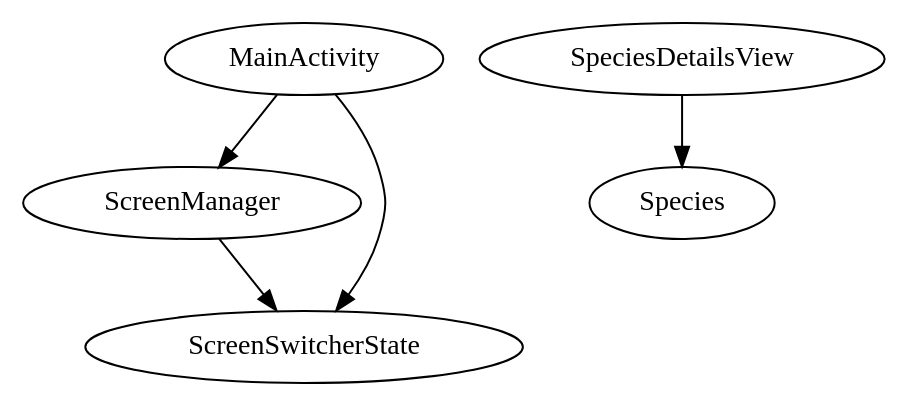
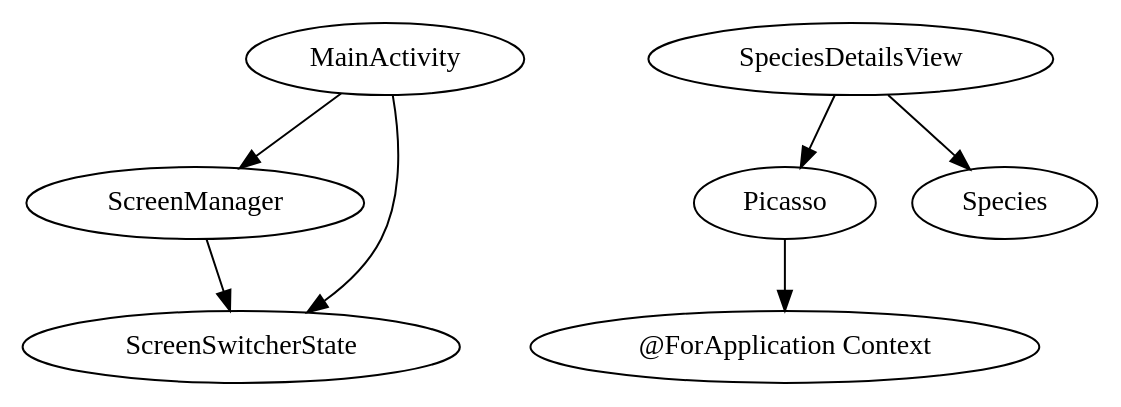
Before and after one commit to benwicks/structured-data-demo: the diagram in app/build/generated/source/apt/debug/com/benjaminwicks/structureddatademo/speciesDetails/SpeciesDetailsModule.dot, drawn with Graphviz. The commit also changed 36 other files, not shown here.

Commit message:
Get Jackson decode working and begin species details view

```diff
--- a/app/build/generated/source/apt/debug/com/benjaminwicks/structureddatademo/speciesDetails/SpeciesDetailsModule.dot
+++ b/app/build/generated/source/apt/debug/com/benjaminwicks/structureddatademo/speciesDetails/SpeciesDetailsModule.dot
@@ -1,7 +1,10 @@
 digraph G1 {
   concentrate = true;
   MainActivity -> ScreenManager;
   MainActivity -> ScreenSwitcherState;
+  n2 [label="@ForApplication Context"];
+  Picasso -> n2;
   ScreenManager -> ScreenSwitcherState;
   SpeciesDetailsView -> Species;
+  SpeciesDetailsView -> Picasso;
 }
```
